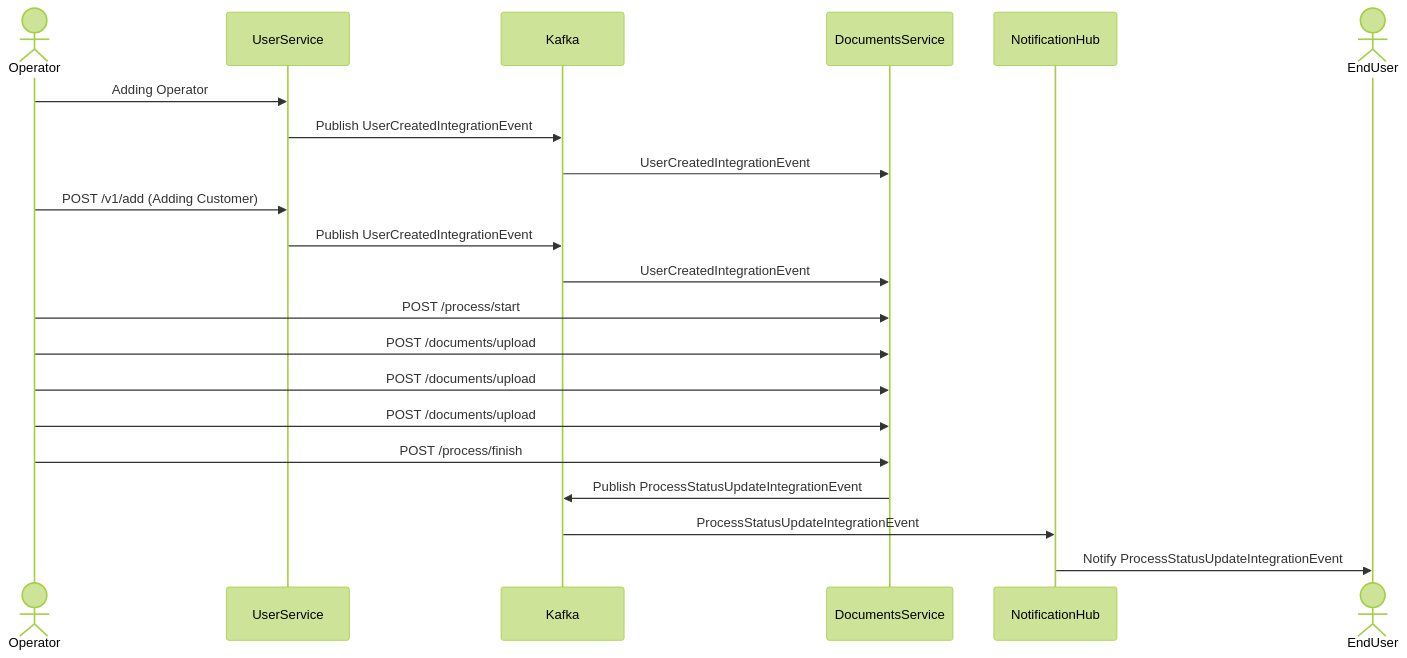
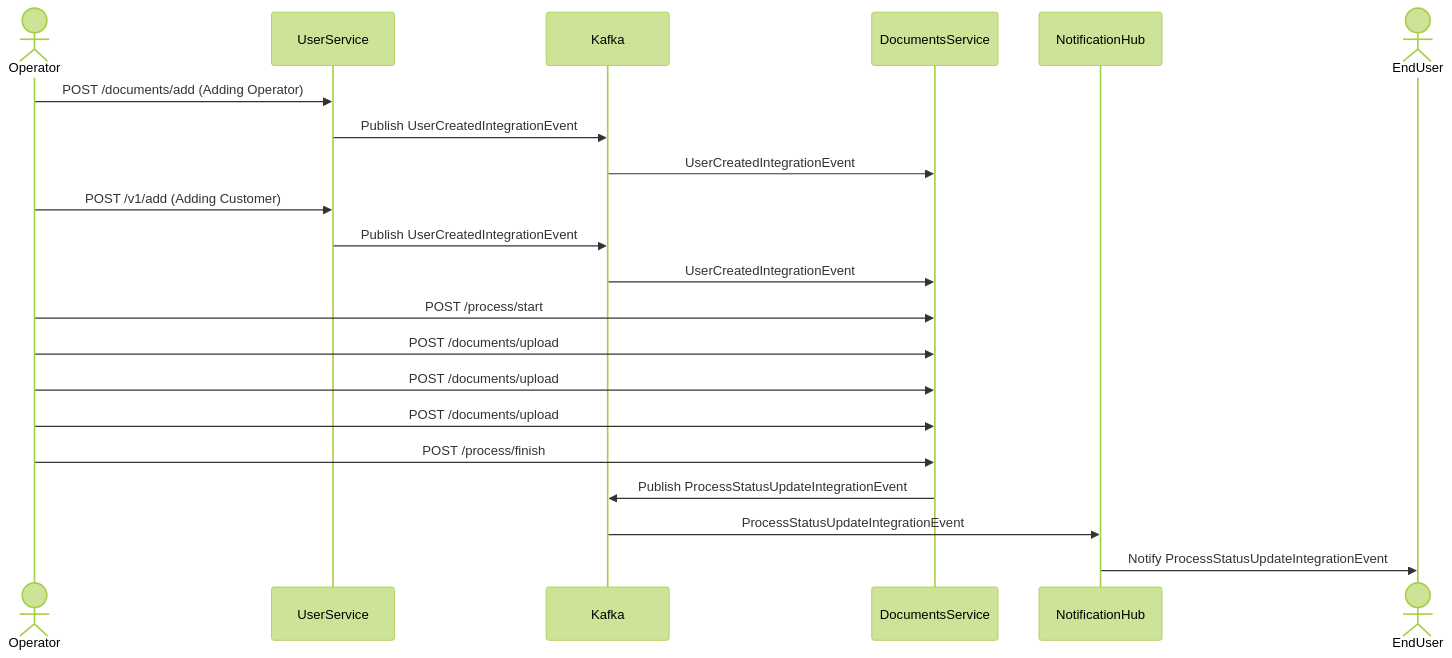
The diagram in readme.md (nishudar/MDocuments), drawn with Mermaid (forest theme) before and after one commit. The commit also changed other lines of this file and 2 other files, not shown here.

````diff
--- a/readme.md
+++ b/readme.md
@@ -24,25 +25,25 @@
 ```mermaid
 sequenceDiagram
 
     actor A as Operator
     participant US as UserService
     participant K as Kafka
     participant DS as DocumentsService
     participant NH as NotificationHub
     actor EU as EndUser
 
-    A->>US: Adding Operator
+    A->>US: POST /documents/add (Adding Operator)
     US->>K: Publish UserCreatedIntegrationEvent
     K->>DS: UserCreatedIntegrationEvent
     A->>US: POST /v1/add (Adding Customer)
     US->>K: Publish UserCreatedIntegrationEvent
     K->>DS: UserCreatedIntegrationEvent
     A->>DS: POST /process/start
     A->>DS: POST /documents/upload
     A->>DS: POST /documents/upload
     A->>DS: POST /documents/upload
     A->>DS: POST /process/finish
     DS->>K: Publish ProcessStatusUpdateIntegrationEvent
     K->>NH: ProcessStatusUpdateIntegrationEvent
     NH->>EU: Notify ProcessStatusUpdateIntegrationEvent
 ```
````
